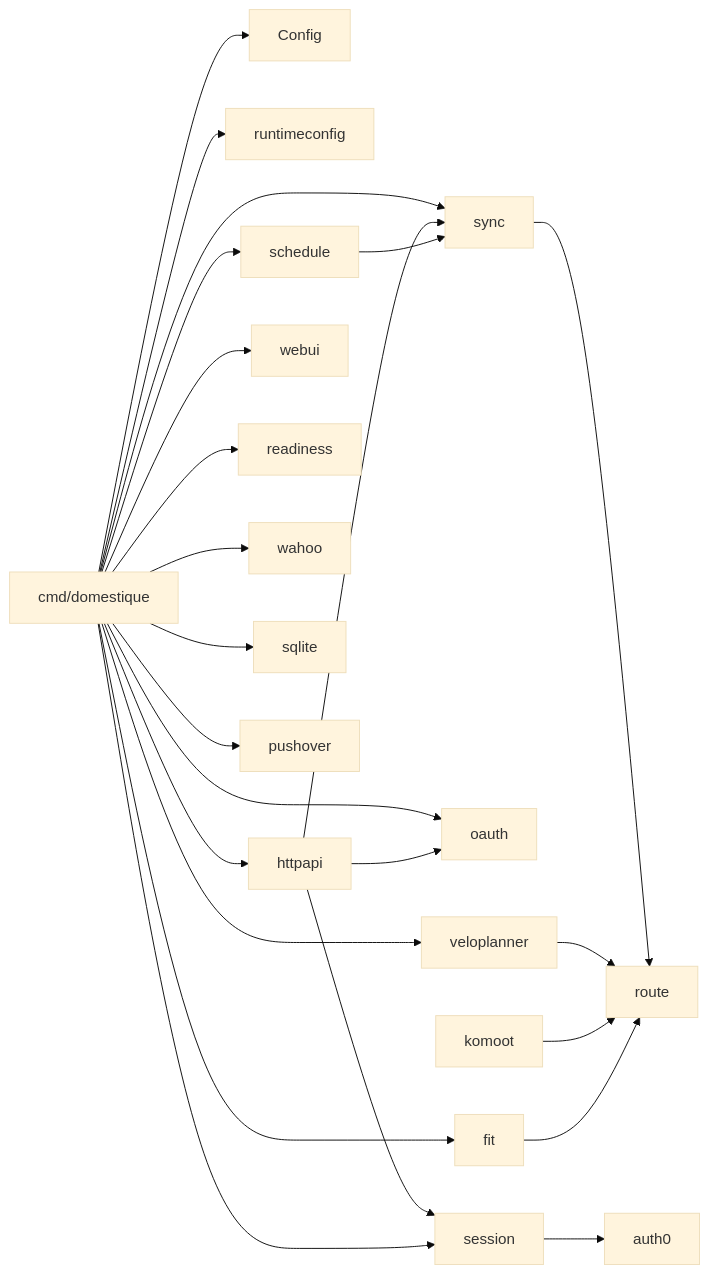
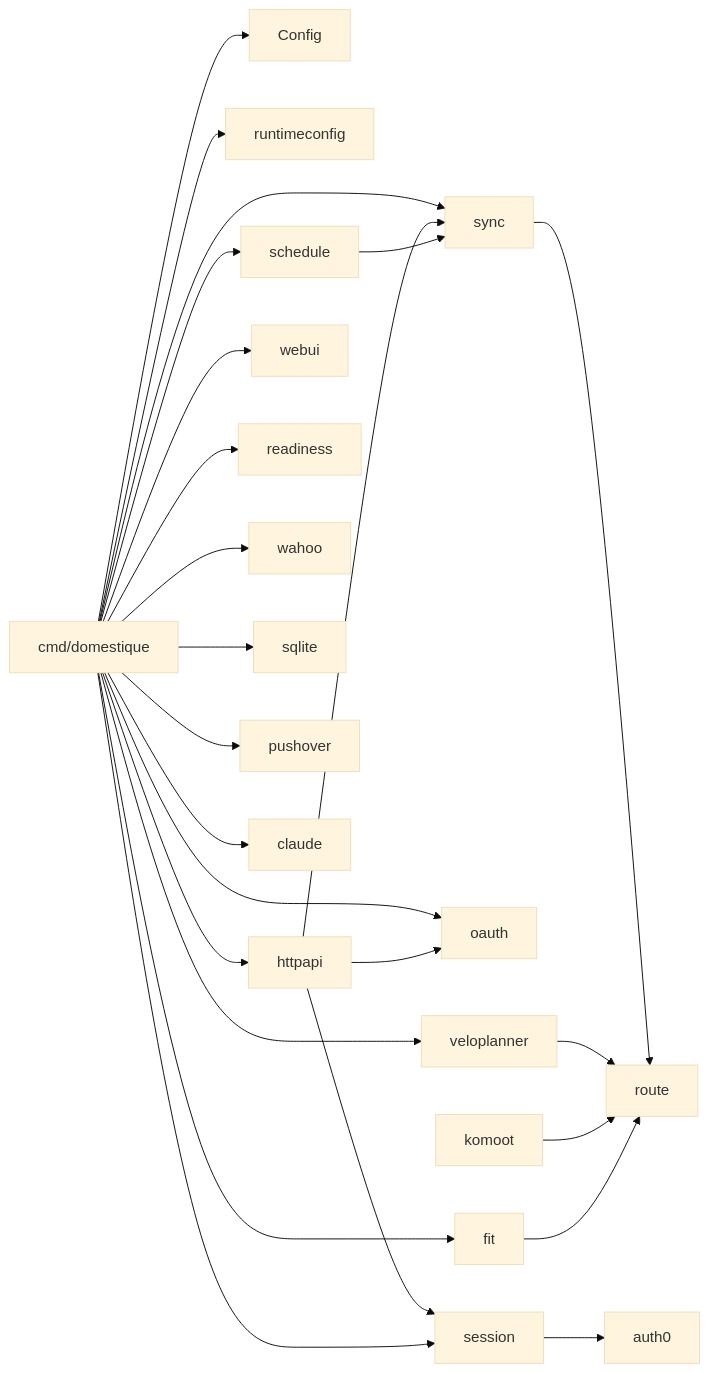
The diagram in docs/specs/implementation-architecture.md (nobbs/domestique), drawn with Mermaid (base theme) before and after one commit. The commit also changed other lines of this file and 14 other files, not shown here.

```diff
--- a/docs/specs/implementation-architecture.md
+++ b/docs/specs/implementation-architecture.md
@@ -296,31 +298,32 @@
 ~~~mermaid
 flowchart LR
     Main["cmd/domestique"] --> Config
     Main --> RuntimeConfig["runtimeconfig"]
     Main --> HTTP
     Main --> Schedule
     Main --> Sync
     Main --> OAuth
 
     HTTP["httpapi"] --> Sync["sync"]
     HTTP --> OAuth["oauth"]
     HTTP --> Session["session"]
     Schedule["schedule"] --> Sync
 
     Main --> WebUI["webui"]
     Main --> Readiness["readiness"]
     Main --> Session
     Session --> Auth0["auth0"]
 
     Sync --> Route["route"]
 
     VP["veloplanner"] --> Route
     Komoot["komoot"] --> Route
     FIT["fit"] --> Route
 
     Main --> VP
     Main --> FIT
     Main --> Wahoo["wahoo"]
     Main --> SQLite["sqlite"]
     Main --> Pushover["pushover"]
+    Main --> Claude["claude"]
 ~~~
```
